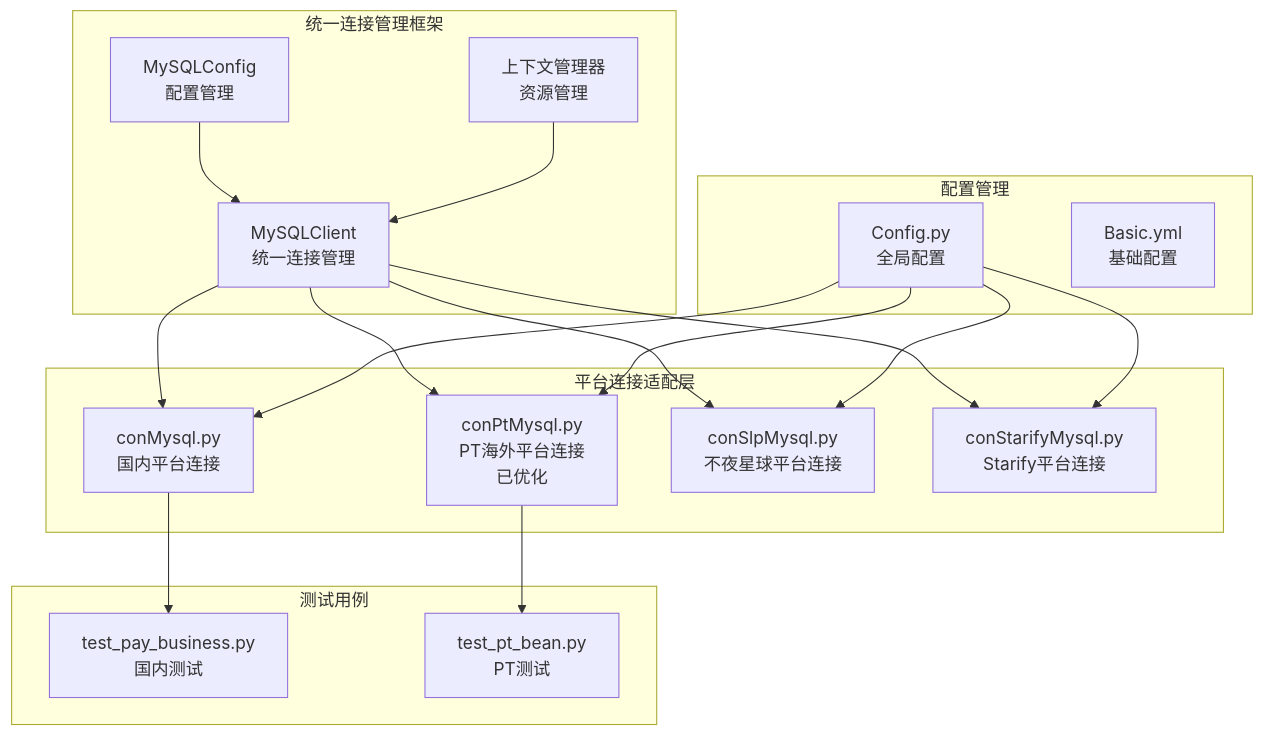
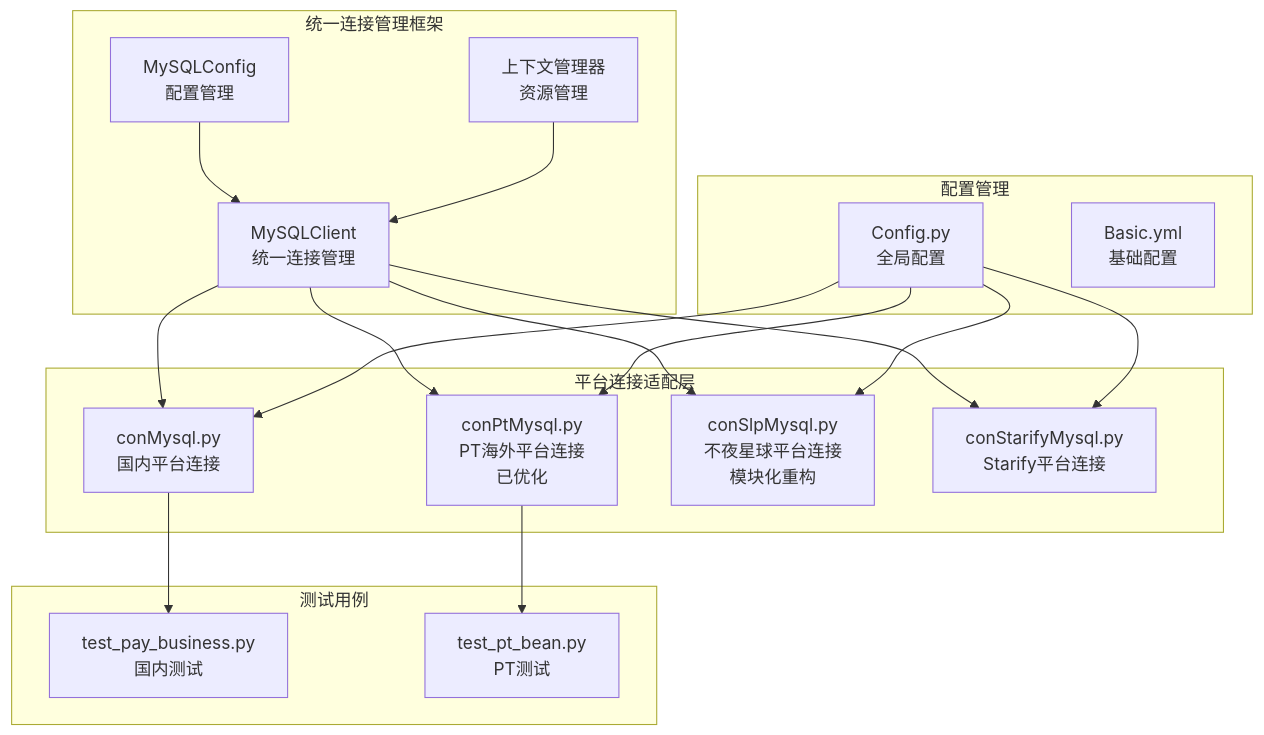
The first of 17 diagrams in .qoder/repowiki/zh/content/数据库管理/MySQL连接管理.md (liximing1-ola/qa-payTest), drawn with Mermaid before and after one commit. The commit also changed other lines of this file and 6 other files, not shown here.

````diff
--- a/.qoder/repowiki/zh/content/数据库管理/MySQL连接管理.md
+++ b/.qoder/repowiki/zh/content/数据库管理/MySQL连接管理.md
@@ -43,34 +44,34 @@
 ```mermaid
 graph TB
 subgraph "统一连接管理框架"
 UNIFIED[MySQLClient<br/>统一连接管理]
 CONFIG[MySQLConfig<br/>配置管理]
 CONTEXT[上下文管理器<br/>资源管理]
 end
 subgraph "平台连接适配层"
 DOM[conMysql.py<br/>国内平台连接]
 PT[conPtMysql.py<br/>PT海外平台连接<br/>已优化]
-SLP[conSlpMysql.py<br/>不夜星球平台连接]
+SLP[conSlpMysql.py<br/>不夜星球平台连接<br/>模块化重构]
 ST[conStarifyMysql.py<br/>Starify平台连接]
 end
 subgraph "配置管理"
 CFG[Config.py<br/>全局配置]
 BASIC[Basic.yml<br/>基础配置]
 end
 subgraph "测试用例"
 TEST1[test_pay_business.py<br/>国内测试]
 TEST2[test_pt_bean.py<br/>PT测试]
 end
 UNIFIED --> DOM
 UNIFIED --> PT
 UNIFIED --> SLP
 UNIFIED --> ST
 CONFIG --> UNIFIED
 CONTEXT --> UNIFIED
 CFG --> DOM
 CFG --> PT
 CFG --> SLP
 CFG --> ST
 DOM --> TEST1
 PT --> TEST2
 ```
````
